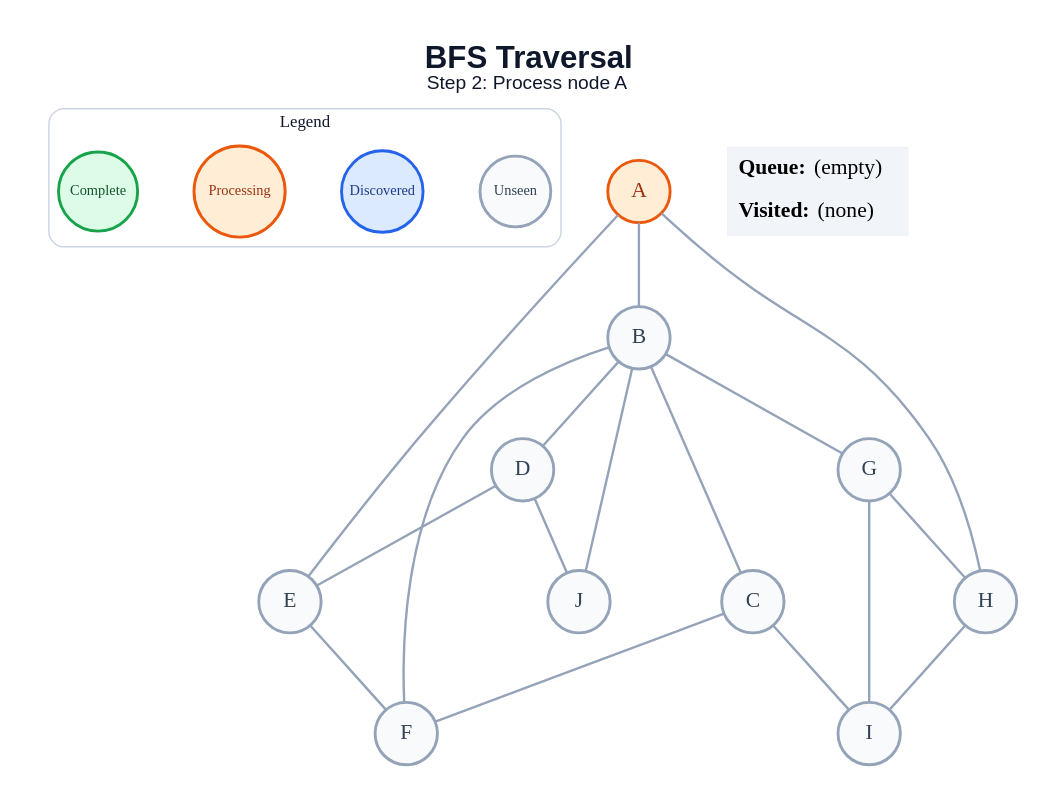
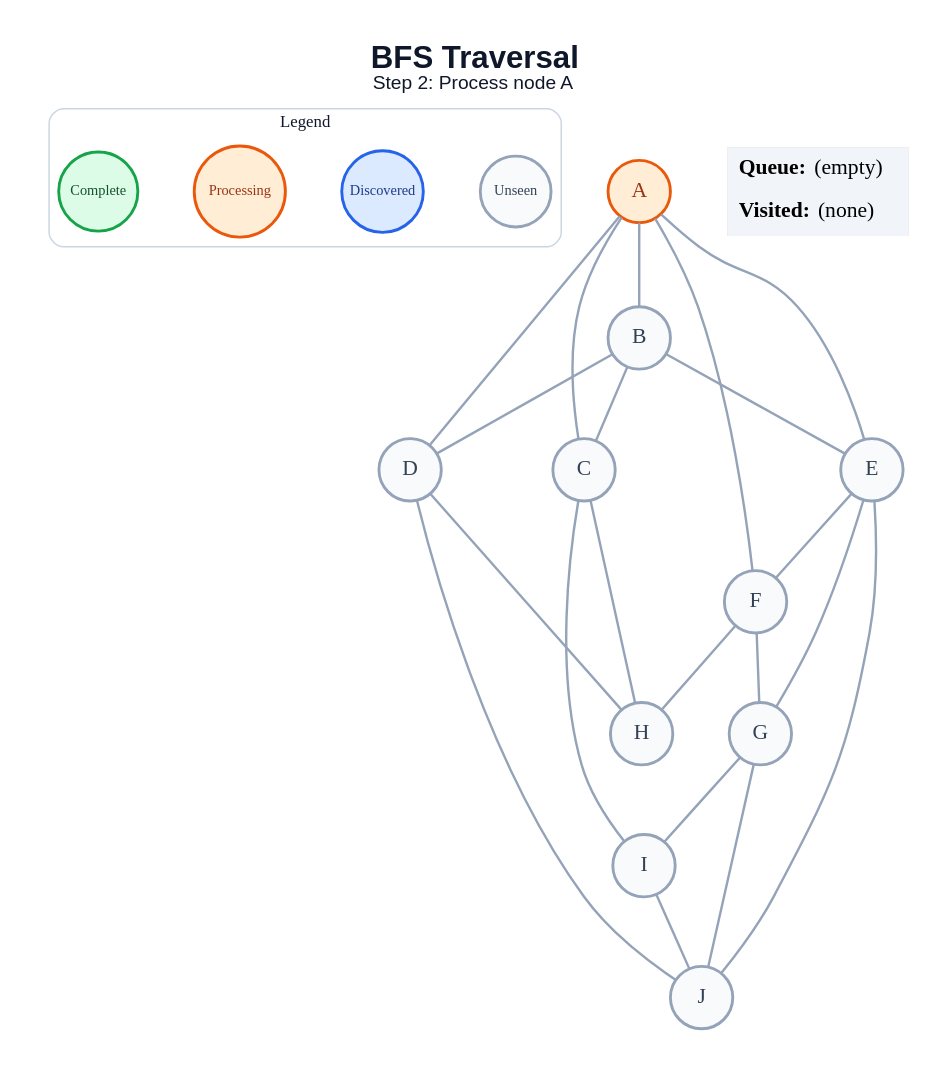
One commit to amanghodawala9/ai-slop changed the diagram in generated/bfs/step_02.dot. Above: the diagram before and after it, drawn with Graphviz. The commit also changed 178 other files, not shown here.

```diff
--- a/generated/bfs/step_02.dot
+++ b/generated/bfs/step_02.dot
@@ -1,45 +1,49 @@
 graph traversal {
   graph [layout=dot, rankdir=TB, bgcolor="#FFFFFF", pad="0.35", nodesep="0.65", ranksep="0.8", fontname="Arial"];
   node [shape=circle, style="filled", fontname="Arial Bold", fontsize=18, width=0.72, fixedsize=true, penwidth=2.4];
   edge [color="#94A3B8", penwidth=2.0];
   label=<<B>BFS Traversal</B><BR/><FONT POINT-SIZE="16">Step 2: Process node A</FONT>>; labelloc="t"; fontsize=26; fontname="Arial"; fontcolor="#0F172A";
   subgraph cluster_legend { label="Legend"; color="#CBD5E1"; penwidth=1.2; style="rounded"; fontsize=14; fontname="Arial Bold";
     key_unseen [label="Unseen", fillcolor="#F8FAFC", color="#94A3B8", fontcolor="#334155", fontsize=12, width=0.82];
     key_frontier [label="Discovered", fillcolor="#DBEAFE", color="#2563EB", fontcolor="#1E3A8A", fontsize=12, width=0.95];
     key_current [label="Processing", fillcolor="#FFEDD5", color="#EA580C", fontcolor="#9A3412", fontsize=12, width=1.05];
     key_done [label="Complete", fillcolor="#DCFCE7", color="#16A34A", fontcolor="#14532D", fontsize=12, width=0.92];
     { rank=same; key_unseen; key_frontier; key_current; key_done; }
   }
   A [fillcolor="#FFEDD5", color="#EA580C", fontcolor="#9A3412"];
   B [fillcolor="#F8FAFC", color="#94A3B8", fontcolor="#334155"];
   C [fillcolor="#F8FAFC", color="#94A3B8", fontcolor="#334155"];
   D [fillcolor="#F8FAFC", color="#94A3B8", fontcolor="#334155"];
   E [fillcolor="#F8FAFC", color="#94A3B8", fontcolor="#334155"];
   F [fillcolor="#F8FAFC", color="#94A3B8", fontcolor="#334155"];
   G [fillcolor="#F8FAFC", color="#94A3B8", fontcolor="#334155"];
   H [fillcolor="#F8FAFC", color="#94A3B8", fontcolor="#334155"];
   I [fillcolor="#F8FAFC", color="#94A3B8", fontcolor="#334155"];
   J [fillcolor="#F8FAFC", color="#94A3B8", fontcolor="#334155"];
   A -- B;
+  A -- C;
+  A -- D;
   A -- E;
-  A -- H;
+  A -- F;
   B -- C;
   B -- D;
-  B -- F;
-  B -- G;
-  B -- J;
-  C -- F;
+  B -- E;
+  C -- H;
   C -- I;
-  D -- E;
+  D -- H;
   D -- J;
   E -- F;
-  G -- H;
+  E -- G;
+  E -- J;
+  F -- G;
+  F -- H;
   G -- I;
-  H -- I;
+  G -- J;
+  I -- J;
   status [shape=plain, fixedsize=false, width=0, height=0, margin=0, label=<
     <TABLE BORDER="0" CELLBORDER="0" CELLPADDING="7" BGCOLOR="#F1F5F9">
       <TR><TD ALIGN="LEFT"><B>Queue:</B> (empty)</TD></TR>
       <TR><TD ALIGN="LEFT"><B>Visited:</B> (none)</TD></TR>
     </TABLE>
   >];
 }
```
